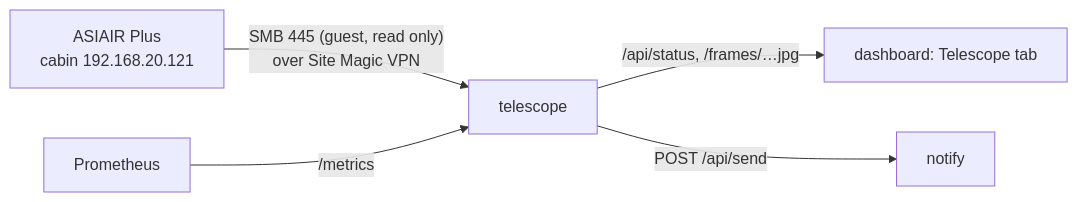
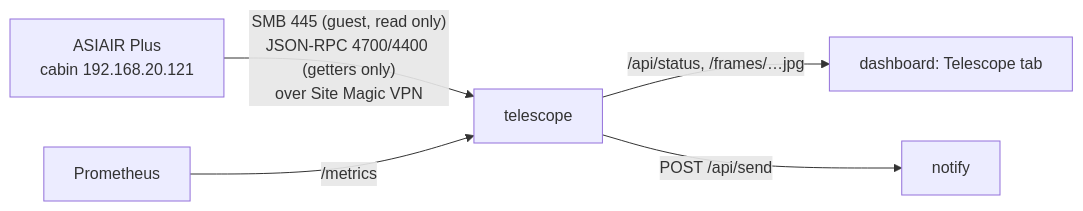
One commit to legendary-jarppi/homelab changed the diagram in apps/telescope/README.md. Above: the diagram before and after it, drawn with Mermaid. The commit also changed other lines of this file and 11 other files, not shown here.

Commit message:
telescope: live state from the ASIAIR's JSON-RPC ports (getters only): exposure, plan progress, guiding RMS; idle-based stop alerts; dashboard Guiding card and exposure progress

````diff
--- a/apps/telescope/README.md
+++ b/apps/telescope/README.md
@@ -5,7 +5,7 @@
 ```mermaid
 flowchart LR
-  air[ASIAIR Plus<br/>cabin 192.168.20.121] -- "SMB 445 (guest, read only)<br/>over Site Magic VPN" --> t[telescope]
+  air[ASIAIR Plus<br/>cabin 192.168.20.121] -- "SMB 445 (guest, read only)<br/>JSON-RPC 4700/4400 (getters only)<br/>over Site Magic VPN" --> t[telescope]
   t -- "/api/status, /frames/…jpg" --> d[dashboard: Telescope tab]
   t -- "POST /api/send" --> n[notify]
   p[Prometheus] -- /metrics --> t
 ```
````
